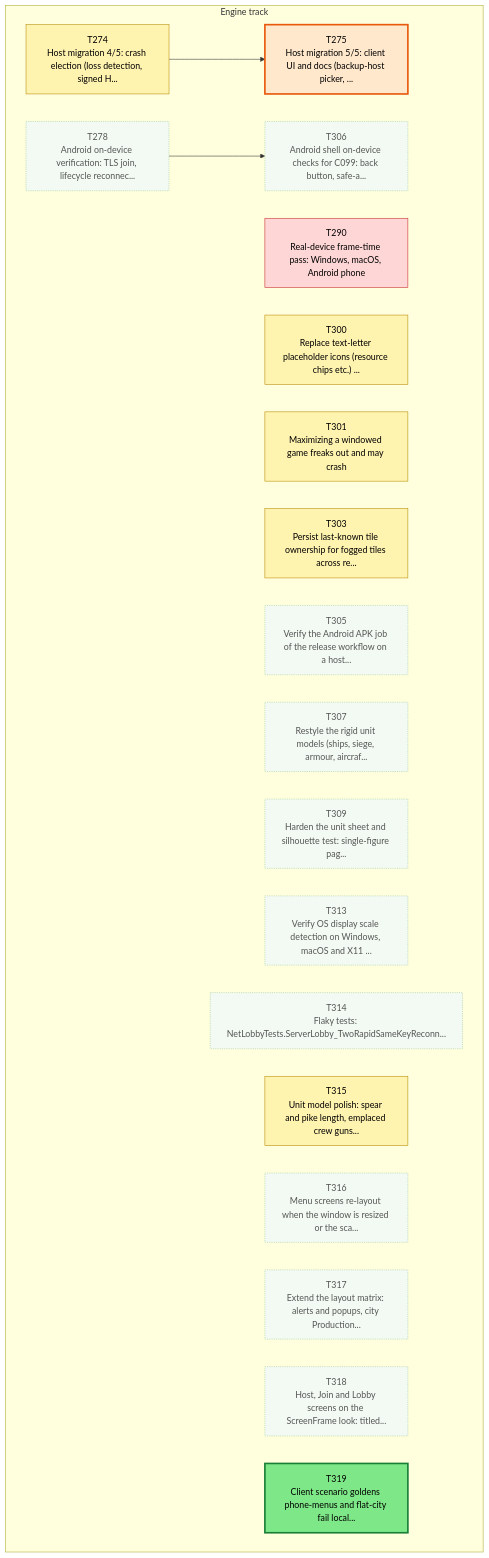
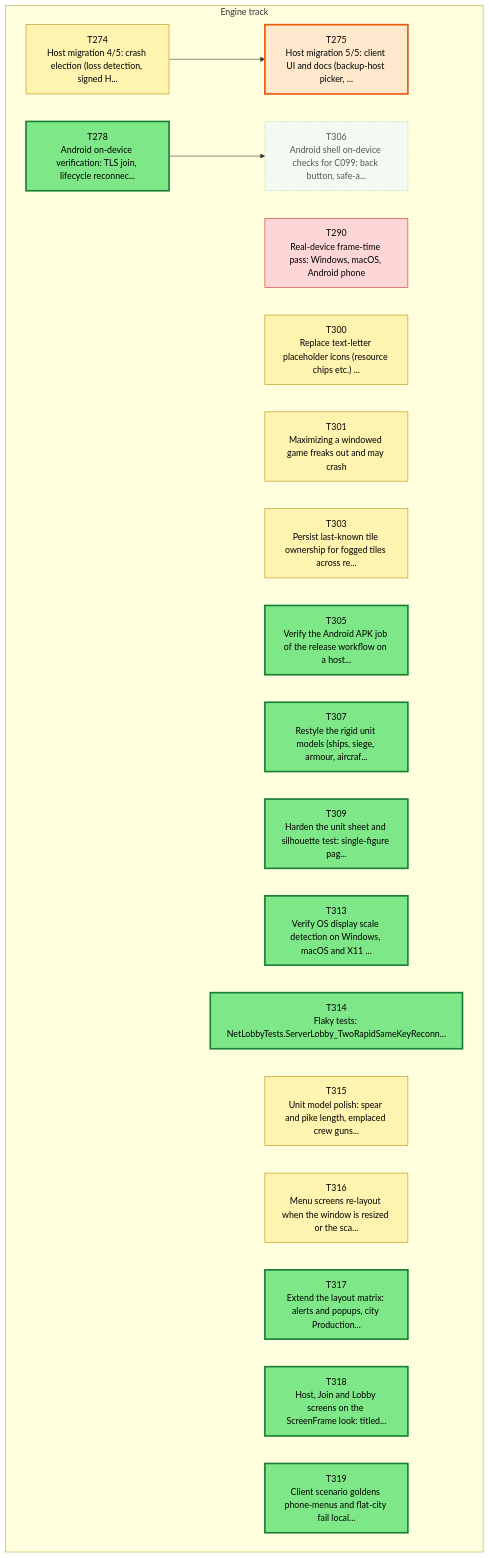
The first of 3 diagrams in csharp/migration/DEPENDENCY_MAP.md (Kenmura/Unciv), drawn with Mermaid before and after one commit. The commit also changed other lines of this file and 1 other file, not shown here.

````diff
--- a/csharp/migration/DEPENDENCY_MAP.md
+++ b/csharp/migration/DEPENDENCY_MAP.md
@@ -35,50 +35,50 @@
 ```mermaid
 flowchart TD
   subgraph TTRACK["Engine track"]
     T274["T274<br/>Host migration 4/5: crash election (loss detection, signed H..."]
     T275["T275<br/>Host migration 5/5: client UI and docs (backup-host picker, ..."]
     T278["T278<br/>Android on-device verification: TLS join, lifecycle reconnec..."]
     T290["T290<br/>Real-device frame-time pass: Windows, macOS, Android phone"]
     T300["T300<br/>Replace text-letter placeholder icons (resource chips etc.) ..."]
     T301["T301<br/>Maximizing a windowed game freaks out and may crash"]
     T303["T303<br/>Persist last-known tile ownership for fogged tiles across re..."]
     T305["T305<br/>Verify the Android APK job of the release workflow on a host..."]
     T306["T306<br/>Android shell on-device checks for C099: back button, safe-a..."]
     T307["T307<br/>Restyle the rigid unit models (ships, siege, armour, aircraf..."]
     T309["T309<br/>Harden the unit sheet and silhouette test: single-figure pag..."]
     T313["T313<br/>Verify OS display scale detection on Windows, macOS and X11 ..."]
     T314["T314<br/>Flaky tests: NetLobbyTests.ServerLobby_TwoRapidSameKeyReconn..."]
     T315["T315<br/>Unit model polish: spear and pike length, emplaced crew guns..."]
     T316["T316<br/>Menu screens re-layout when the window is resized or the sca..."]
     T317["T317<br/>Extend the layout matrix: alerts and popups, city Production..."]
     T318["T318<br/>Host, Join and Lobby screens on the ScreenFrame look: titled..."]
     T319["T319<br/>Client scenario goldens phone-menus and flat-city fail local..."]
   end
   T274 --> T275
   T278 --> T306
   classDef waiting fill:#f3faf3,stroke:#9bc49b,color:#555,stroke-dasharray:2 2
   classDef ondeck fill:#ffe8cc,stroke:#e8590c,stroke-width:3px,color:#000
   classDef ready fill:#7ee787,stroke:#1a7f37,stroke-width:3px,color:#000
   classDef prog fill:#fff3b0,stroke:#b58900,color:#000
   classDef review fill:#cfe4ff,stroke:#1f6feb,color:#000
   classDef blocked fill:#ffd6d6,stroke:#c62828,color:#000
   classDef done fill:#eeeeee,stroke:#999999,color:#666,stroke-dasharray:4 3
   class T274 prog
   class T275 ondeck
-  class T278 waiting
+  class T278 ready
   class T290 blocked
   class T300 prog
   class T301 prog
   class T303 prog
-  class T305 waiting
+  class T305 ready
   class T306 waiting
-  class T307 waiting
-  class T309 waiting
-  class T313 waiting
-  class T314 waiting
+  class T307 ready
+  class T309 ready
+  class T313 ready
+  class T314 ready
   class T315 prog
-  class T316 waiting
-  class T317 waiting
-  class T318 waiting
+  class T316 prog
+  class T317 ready
+  class T318 ready
   class T319 ready
 ```
````
